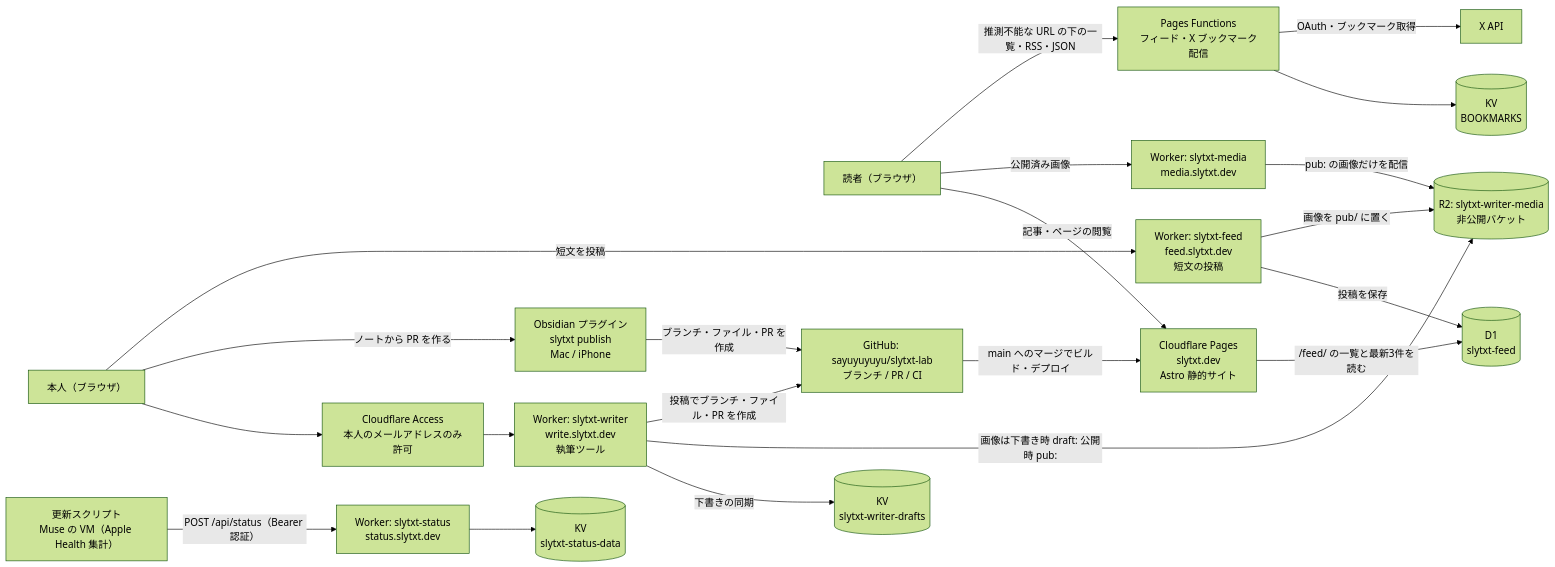
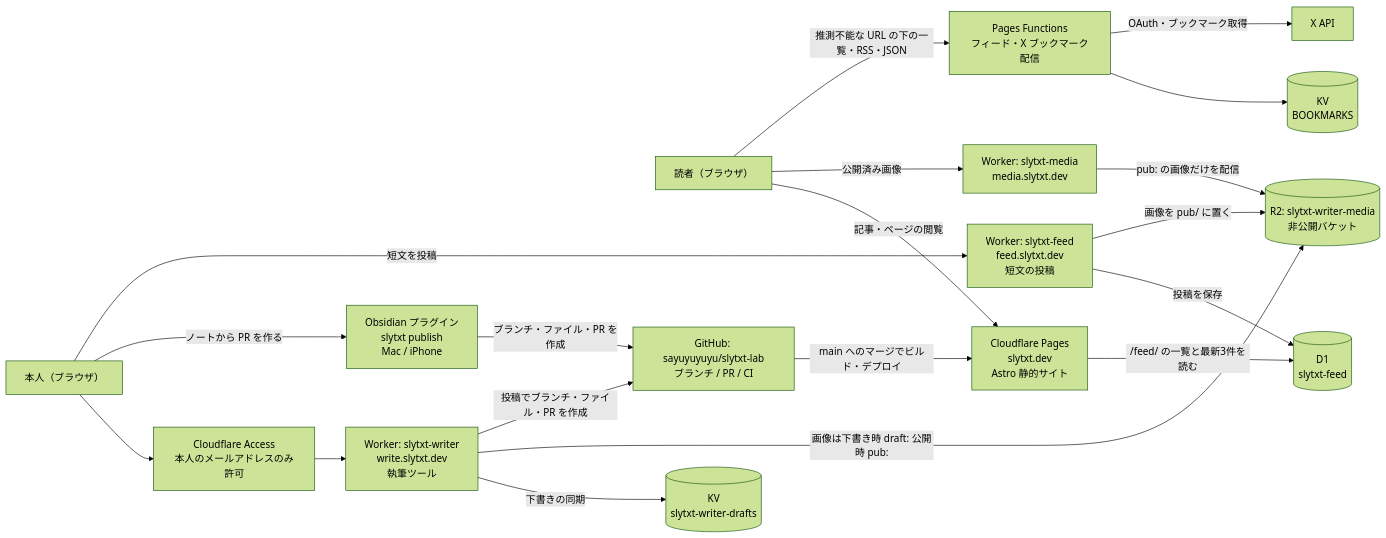
One commit to sayuyuyuyu/slytxt-lab changed the diagram in docs/diagrams/overview.mmd. Above: the diagram before and after it, drawn with Mermaid (forest theme). The commit also changed 9 other files, not shown here.

Commit message:
chore: 未使用の status Worker とテストを外す (#820)

```diff
--- a/docs/diagrams/overview.mmd
+++ b/docs/diagrams/overview.mmd
@@ -1,39 +1,34 @@
 flowchart LR
   reader["読者（ブラウザ）"]
   author["本人（ブラウザ）"]
   access["Cloudflare Access<br/>本人のメールアドレスのみ許可"]
   pages["Cloudflare Pages<br/>slytxt.dev<br/>Astro 静的サイト"]
   functions["Pages Functions<br/>フィード・X ブックマーク配信"]
   bmKv[("KV<br/>BOOKMARKS")]
   xapi["X API"]
   writer["Worker: slytxt-writer<br/>write.slytxt.dev<br/>執筆ツール"]
   feedWorker["Worker: slytxt-feed<br/>feed.slytxt.dev<br/>短文の投稿"]
   obsidian["Obsidian プラグイン<br/>slytxt publish<br/>Mac / iPhone"]
   draftsKv[("KV<br/>slytxt-writer-drafts")]
   feedD1[("D1<br/>slytxt-feed")]
   r2[("R2: slytxt-writer-media<br/>非公開バケット")]
   media["Worker: slytxt-media<br/>media.slytxt.dev"]
   github["GitHub: sayuyuyuyu/slytxt-lab<br/>ブランチ / PR / CI"]
-  status["Worker: slytxt-status<br/>status.slytxt.dev"]
-  statusKv[("KV<br/>slytxt-status-data")]
-  updater["更新スクリプト<br/>Muse の VM（Apple Health 集計）"]
 
   reader -->|記事・ページの閲覧| pages
   reader -->|公開済み画像| media
   reader -->|推測不能な URL の下の一覧・RSS・JSON| functions
   functions --> bmKv
   functions -->|OAuth・ブックマーク取得| xapi
   author --> access --> writer
   author -->|ノートから PR を作る| obsidian
   obsidian -->|ブランチ・ファイル・PR を作成| github
   author -->|短文を投稿| feedWorker
   feedWorker -->|投稿を保存| feedD1
   feedWorker -->|画像を pub/ に置く| r2
   pages -->|/feed/ の一覧と最新3件を読む| feedD1
   writer -->|下書きの同期| draftsKv
   writer -->|画像は下書き時 draft: 公開時 pub:| r2
   writer -->|投稿でブランチ・ファイル・PR を作成| github
   github -->|main へのマージでビルド・デプロイ| pages
   media -->|pub: の画像だけを配信| r2
-  status --> statusKv
-  updater -->|POST /api/status（Bearer 認証）| status
```
